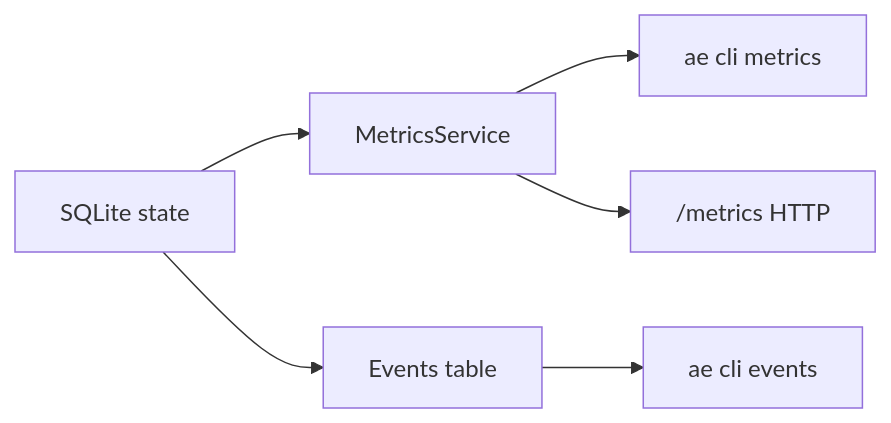
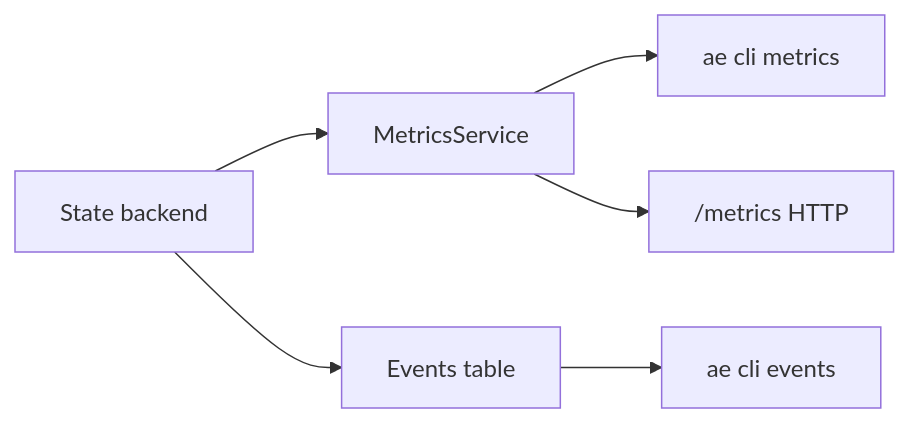
The second of 4 diagrams in docs/concepts-in-practice/05-observability.md (the-cm-collective/k1s), drawn with Mermaid before and after one commit. The commit also changed other lines of this file and 48 other files, not shown here.

````diff
--- a/docs/concepts-in-practice/05-observability.md
+++ b/docs/concepts-in-practice/05-observability.md
@@ -19,8 +19,8 @@
 ```mermaid
 flowchart LR
-  State[SQLite state] --> MetricsSvc[MetricsService]
+  State[State backend] --> MetricsSvc[MetricsService]
   MetricsSvc --> CLI[ae cli metrics]
   MetricsSvc --> HTTP["/metrics HTTP"]
   State --> Events[Events table]
   Events --> CLI2[ae cli events]
 ```
````
